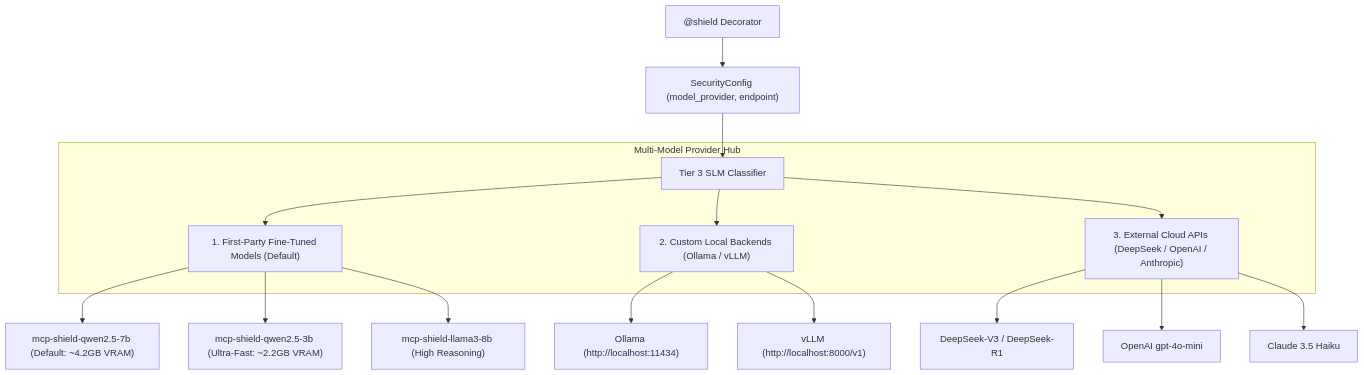
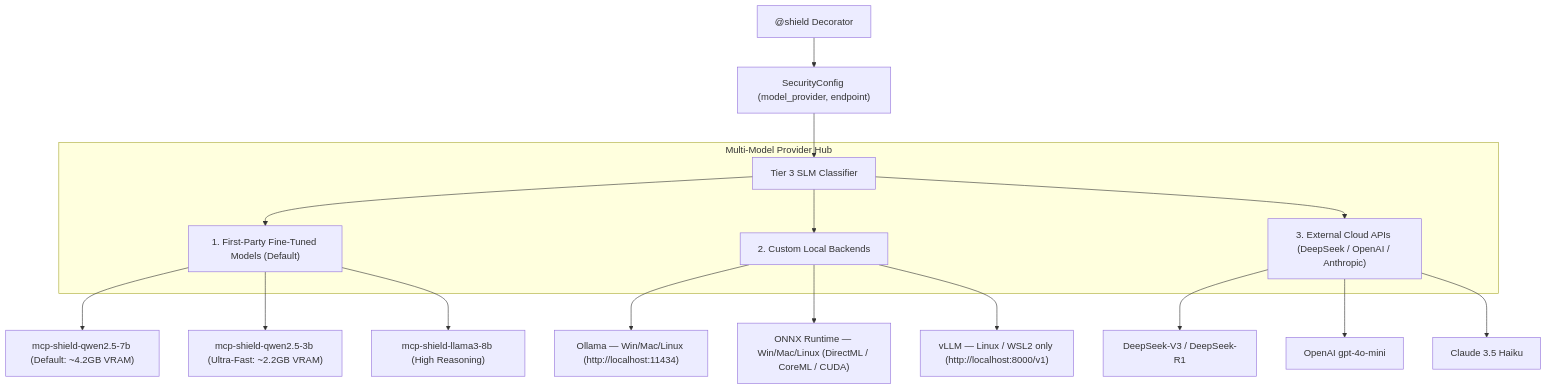
The third of 5 diagrams in 07 - Model Distribution, PyPI Packaging & Local Dashboard.md (rishikeshvarma/MCP-Shield), drawn with Mermaid before and after one commit. The commit also changed other lines of this file and 6 other files, not shown here.

````diff
--- a/07 - Model Distribution, PyPI Packaging & Local Dashboard.md
+++ b/07 - Model Distribution, PyPI Packaging & Local Dashboard.md
@@ -193,23 +194,24 @@
 ```mermaid
 graph TD
     Decorator["@shield Decorator"] --> Config["SecurityConfig (model_provider, endpoint)"]
     
     Config --> Tier3["Tier 3 SLM Classifier"]
     
     subgraph ModelHub["Multi-Model Provider Hub"]
         Tier3 --> M1["1. First-Party Fine-Tuned Models (Default)"]
-        Tier3 --> M2["2. Custom Local Backends (Ollama / vLLM)"]
+        Tier3 --> M2["2. Custom Local Backends"]
         Tier3 --> M3["3. External Cloud APIs (DeepSeek / OpenAI / Anthropic)"]
     end
     
     M1 --> HF1["mcp-shield-qwen2.5-7b (Default: ~4.2GB VRAM)"]
     M1 --> HF2["mcp-shield-qwen2.5-3b (Ultra-Fast: ~2.2GB VRAM)"]
     M1 --> HF3["mcp-shield-llama3-8b (High Reasoning)"]
     
-    M2 --> O1["Ollama (http://localhost:11434)"]
-    M2 --> V1["vLLM (http://localhost:8000/v1)"]
+    M2 --> O1["Ollama — Win/Mac/Linux (http://localhost:11434)"]
+    M2 --> ON1["ONNX Runtime — Win/Mac/Linux (DirectML / CoreML / CUDA)"]
+    M2 --> V1["vLLM — Linux / WSL2 only (http://localhost:8000/v1)"]
     
     M3 --> API1["DeepSeek-V3 / DeepSeek-R1"]
     M3 --> API2["OpenAI gpt-4o-mini"]
     M3 --> API3["Claude 3.5 Haiku"]
 ```
````
